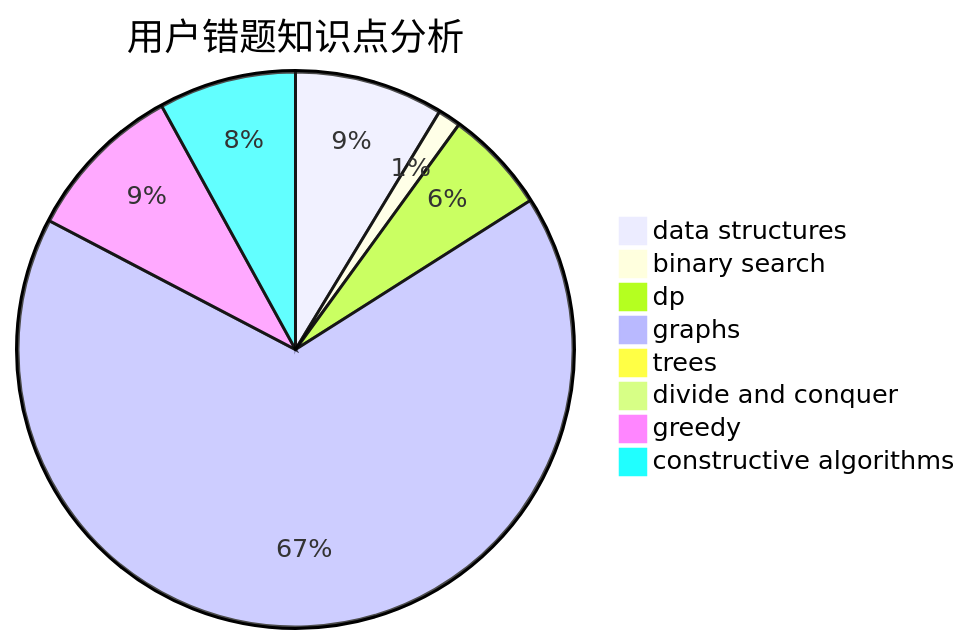
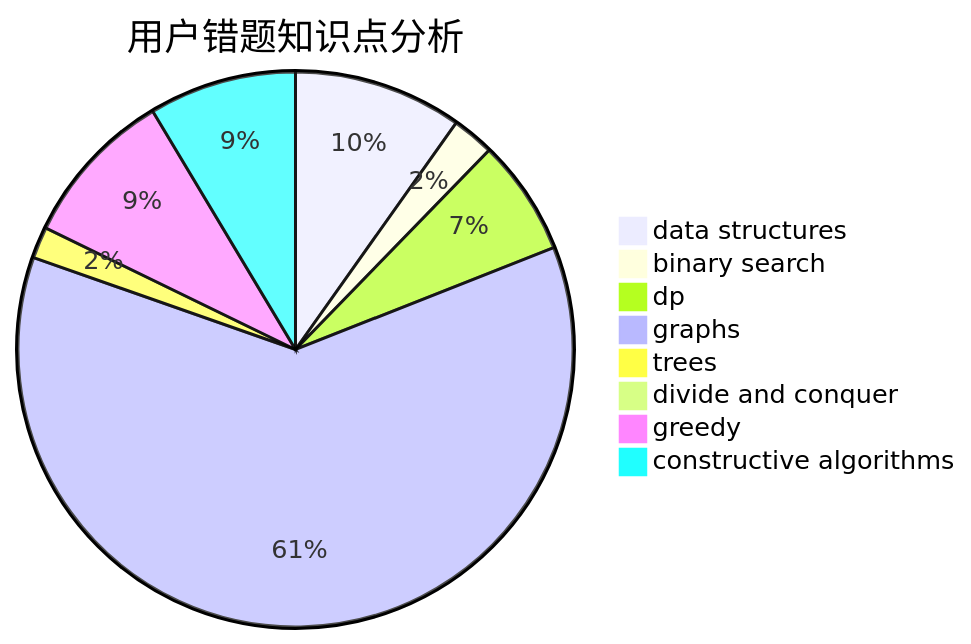
One commit to sherpahu/cfrs.github.io changed the third of 3 diagrams in docs/user/u843.md. Above: the diagram before and after it, drawn with Mermaid. The commit also changed other lines of this file and 2770 other files, not shown here.

````diff
--- a/docs/user/u843.md
+++ b/docs/user/u843.md
@@ -36,11 +36,11 @@
 ```mermaid
 pie title 用户错题知识点分析
-    "data structures" :  13
-    "binary search" :  2
-    "dp" :  9
+    "data structures" :  16
+    "binary search" :  4
+    "dp" :  11
     "graphs" :  100
-    "trees" :  0
+    "trees" :  3
     "divide and conquer" :  0
-    "greedy" :  14
-    "constructive algorithms" :  12
+    "greedy" :  15
+    "constructive algorithms" :  14
 ```
````
